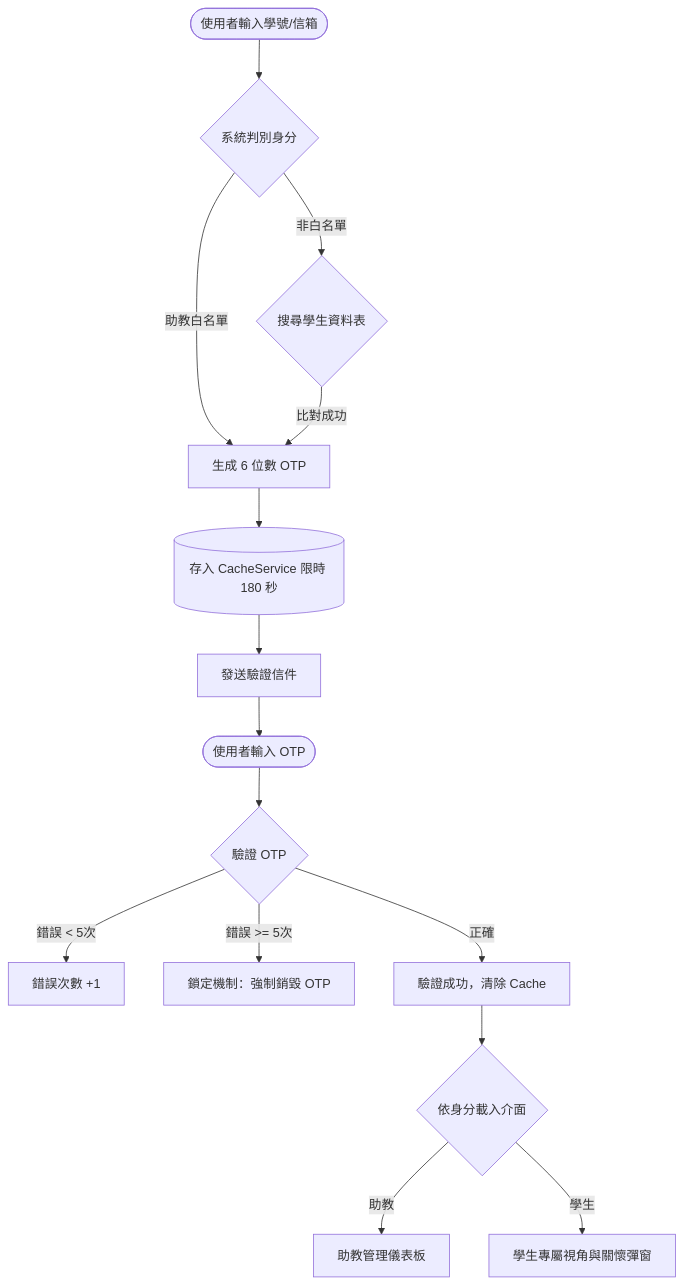
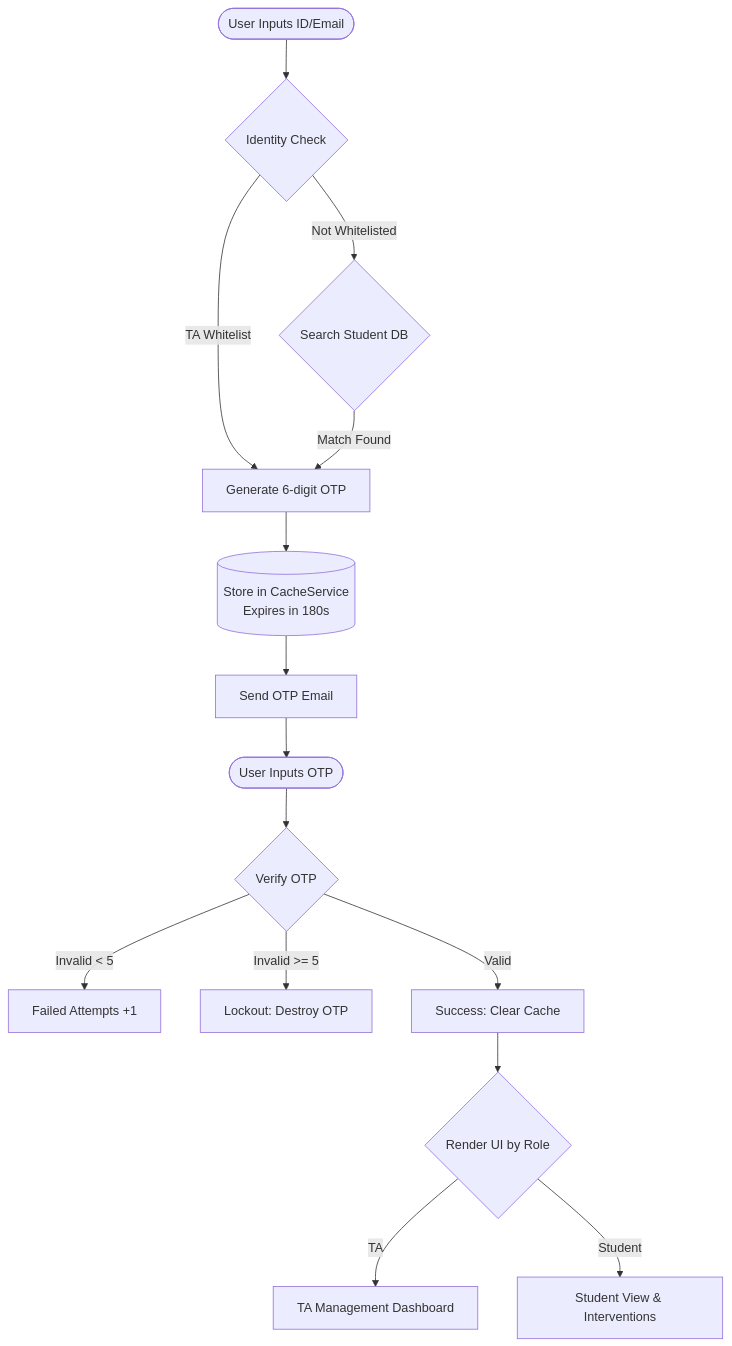
The diagram in README.md (bagayellowai2025-cyber/sociology-attendance-system), drawn with Mermaid before and after one commit. The commit also changed other lines of this file, not shown here.

````diff
--- a/README.md
+++ b/README.md
@@ -36,20 +36,20 @@
 ```mermaid
 graph TD
-    Start([使用者輸入學號/信箱]) --> CheckRole{系統判別身分}
-    CheckRole -->|助教白名單| Gen_OTP[生成 6 位數 OTP]
-    CheckRole -->|非白名單| Stu_Auth{搜尋學生資料表}
-    Stu_Auth -->|比對成功| Gen_OTP
+    Start([User Inputs ID/Email]) --> CheckRole{Identity Check}
+    CheckRole -->|TA Whitelist| Gen_OTP[Generate 6-digit OTP]
+    CheckRole -->|Not Whitelisted| Stu_Auth{Search Student DB}
+    Stu_Auth -->|Match Found| Gen_OTP
     
-    Gen_OTP --> Cache[(存入 CacheService 限時 180 秒)]
-    Cache --> Send_Mail[發送驗證信件]
-    Send_Mail --> Input_OTP([使用者輸入 OTP])
+    Gen_OTP --> Cache[(Store in CacheService <br> Expires in 180s)]
+    Cache --> Send_Mail[Send OTP Email]
+    Send_Mail --> Input_OTP([User Inputs OTP])
     
-    Input_OTP --> Verify_OTP{驗證 OTP}
-    Verify_OTP -->|錯誤 < 5次| Fail_Add[錯誤次數 +1]
-    Verify_OTP -->|錯誤 >= 5次| Lockout[鎖定機制：強制銷毀 OTP]
+    Input_OTP --> Verify_OTP{Verify OTP}
+    Verify_OTP -->|Invalid < 5| Fail_Add[Failed Attempts +1]
+    Verify_OTP -->|Invalid >= 5| Lockout[Lockout: Destroy OTP]
     
-    Verify_OTP -->|正確| Success[驗證成功，清除 Cache]
-    Success --> Load_UI{依身分載入介面}
-    Load_UI -->|助教| UI_TA[助教管理儀表板]
-    Load_UI -->|學生| UI_Stu[學生專屬視角與關懷彈窗]
+    Verify_OTP -->|Valid| Success[Success: Clear Cache]
+    Success --> Load_UI{Render UI by Role}
+    Load_UI -->|TA| UI_TA[TA Management Dashboard]
+    Load_UI -->|Student| UI_Stu[Student View & Interventions]
 ```
````
